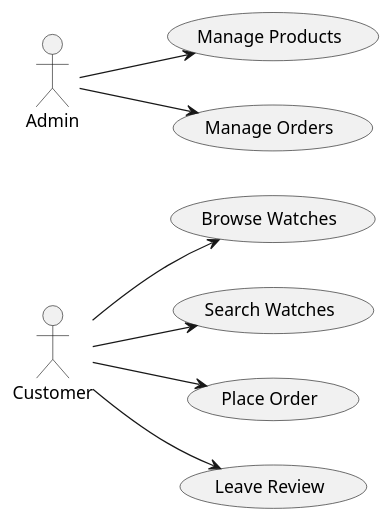
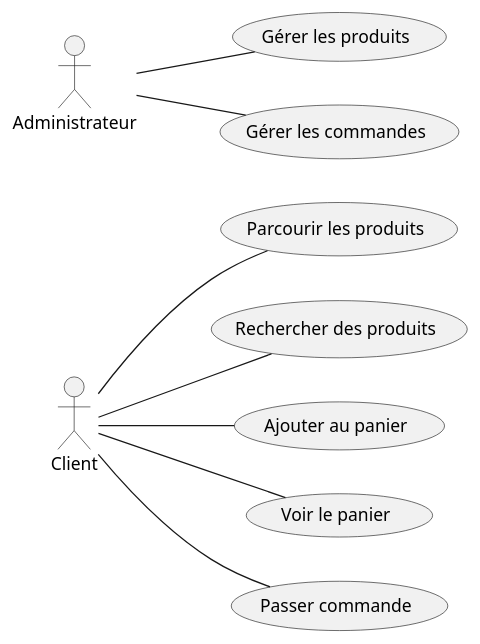
One commit to Suirita/15.E_commerce changed the diagram in Diagramme_de_cas_d’utilisation/Sprint_1.pu. Above: the diagram before and after it, drawn with PlantUML. The commit also changed 2 other files, not shown here.

Commit message:
fixing class diagram

```diff
--- a/Diagramme_de_cas_d’utilisation/Sprint_1.pu
+++ b/Diagramme_de_cas_d’utilisation/Sprint_1.pu
@@ -1,21 +1,23 @@
-@startuml Watches_ecommerce
+@startuml Montres_ecommerce
 left to right direction
-actor Customer
-actor Admin
+actor Client
+actor Administrateur
 
-usecase "Browse Watches" as UC_Browse
-usecase "Search Watches" as UC_Search
-usecase "Place Order" as UC_Order
-usecase "Leave Review" as UC_Review
-usecase "Manage Products" as UC_ManageProducts
-usecase "Manage Orders" as UC_ManageOrders
+usecase "Parcourir les produits" as UC_Browse
+usecase "Rechercher des produits" as UC_Search
+usecase "Ajouter au panier" as UC_AddCart
+usecase "Voir le panier" as UC_ViewCart
+usecase "Passer commande" as UC_Order
+usecase "Gérer les produits" as UC_ManageProducts
+usecase "Gérer les commandes" as UC_ManageOrders
 
-Admin --> UC_ManageProducts
-Admin --> UC_ManageOrders
+Administrateur -- UC_ManageProducts
+Administrateur -- UC_ManageOrders
 
-Customer --> UC_Browse
-Customer --> UC_Search
-Customer --> UC_Order
-Customer --> UC_Review
+Client -- UC_AddCart
+Client -- UC_ViewCart
+Client -- UC_Browse
+Client -- UC_Search
+Client -- UC_Order
 
 @enduml
```
